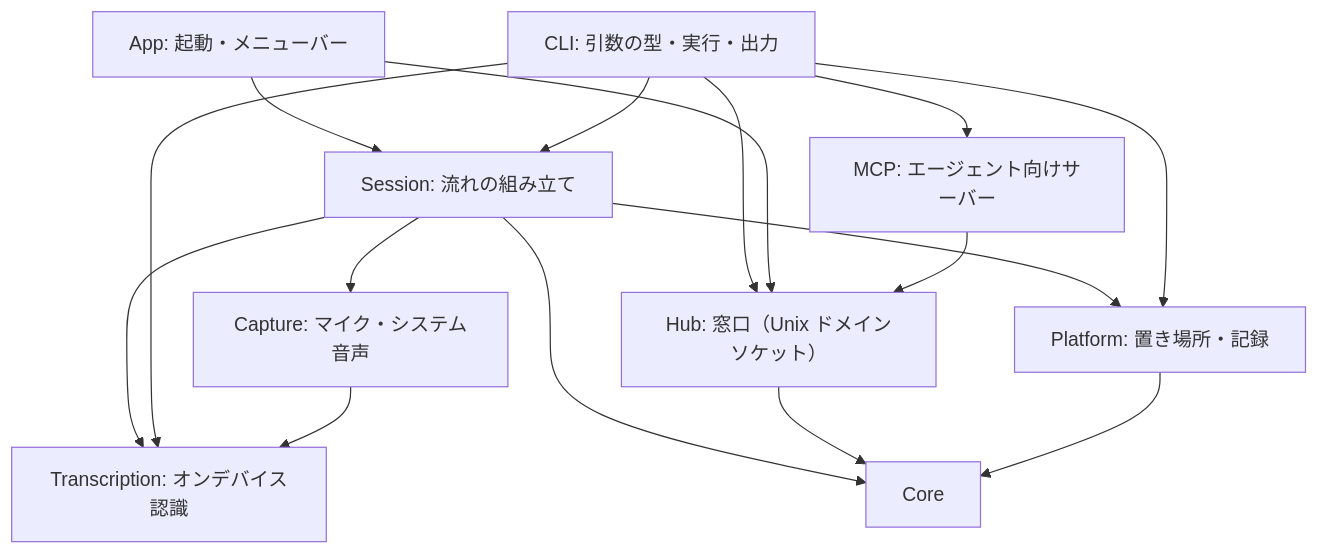
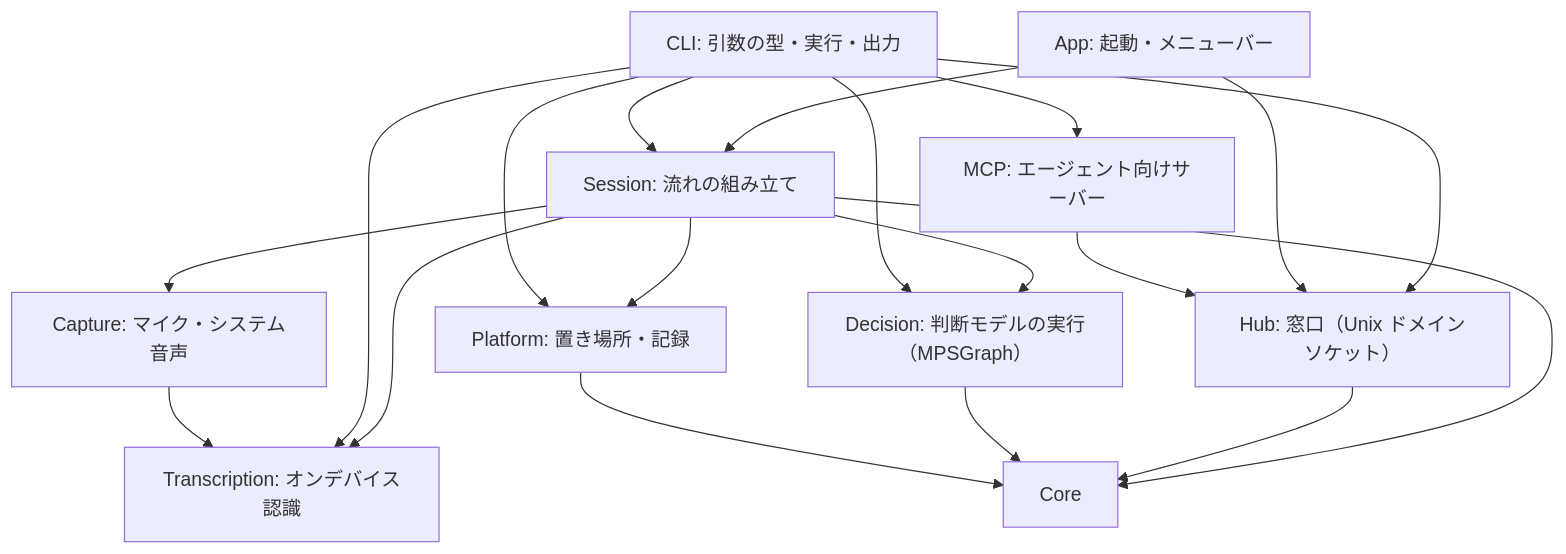
Before and after one commit to takemo101/meeting-analyzer: the diagram in docs/architecture.md, drawn with Mermaid. The commit also changed other lines of this file and 27 other files, not shown here.

````diff
--- a/docs/architecture.md
+++ b/docs/architecture.md
@@ -21,18 +21,21 @@
 ```mermaid
 flowchart TD
     App[App: 起動・メニューバー] --> Session
     CLI[CLI: 引数の型・実行・出力] --> Session
     CLI --> MCP[MCP: エージェント向けサーバー]
     CLI --> Hub
     App --> Hub
     Session[Session: 流れの組み立て] --> Transcription[Transcription: オンデバイス認識]
     Session --> Capture[Capture: マイク・システム音声]
     Session --> Platform[Platform: 置き場所・記録]
     Session --> Core
     MCP --> Hub[Hub: 窓口（Unix ドメインソケット）]
     CLI --> Transcription
     CLI --> Platform
     Capture --> Transcription
     Hub --> Core
+    Session --> Decision[Decision: 判断モデルの実行（MPSGraph）]
+    CLI --> Decision
+    Decision --> Core
     Platform --> Core
 ```
````
